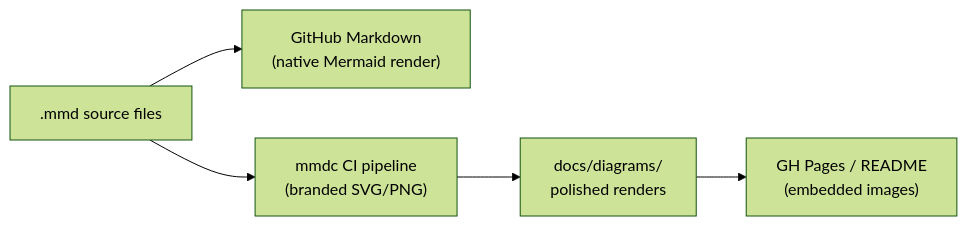
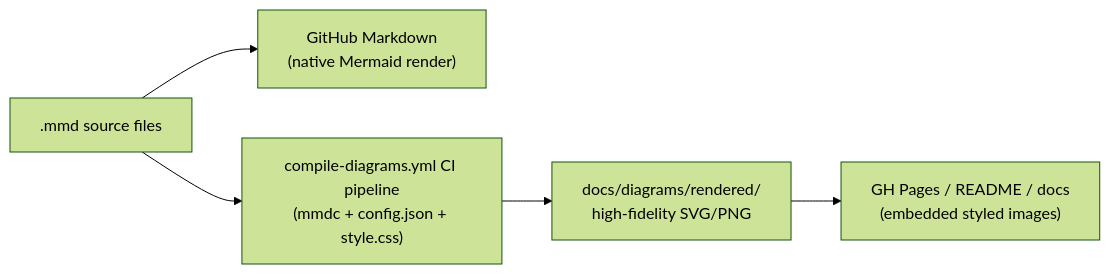
Before and after one commit to wtg-codes/agy-easy-install: the first of 2 diagrams in docs/master-plan-rename-docs.md, drawn with Mermaid (forest theme). The commit also changed other lines of this file, not shown here.

Commit message:
docs: implement visual diagram compilation and theme configurations

````diff
--- a/docs/master-plan-rename-docs.md
+++ b/docs/master-plan-rename-docs.md
@@ -131,7 +131,7 @@
 ```mermaid
 graph LR
     A[".mmd source files"] --> B["GitHub Markdown<br>(native Mermaid render)"]
-    A --> C["mmdc CI pipeline<br>(branded SVG/PNG)"]
-    C --> D["docs/diagrams/<br>polished renders"]
-    D --> E["GH Pages / README<br>(embedded images)"]
+    A --> C["compile-diagrams.yml CI pipeline<br>(mmdc + config.json + style.css)"]
+    C --> D["docs/diagrams/rendered/<br>high-fidelity SVG/PNG"]
+    D --> E["GH Pages / README / docs<br>(embedded styled images)"]
 ```
````
